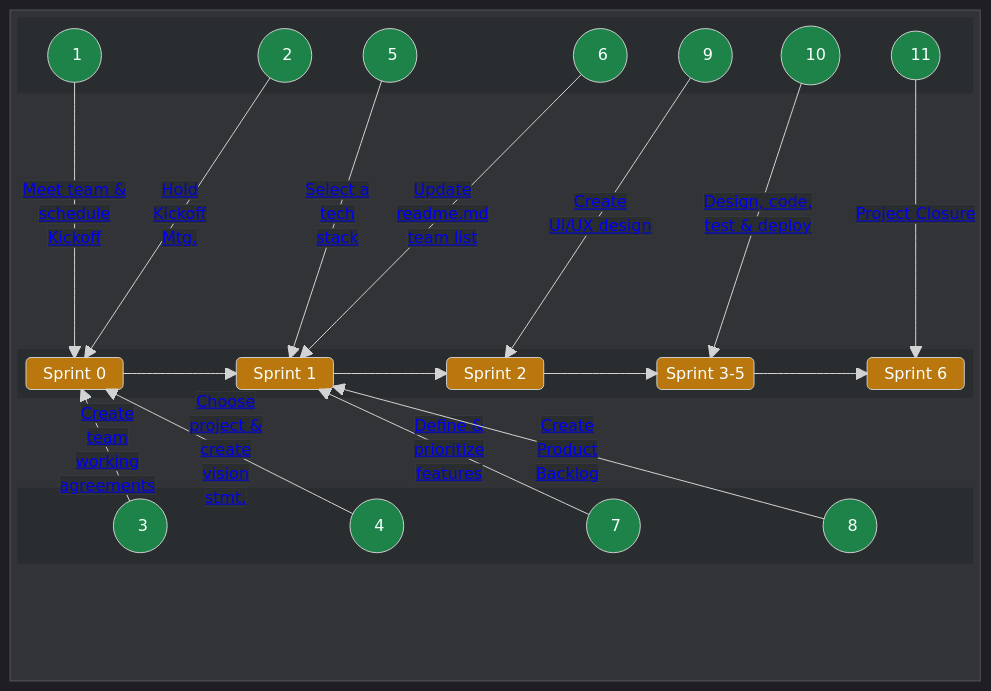
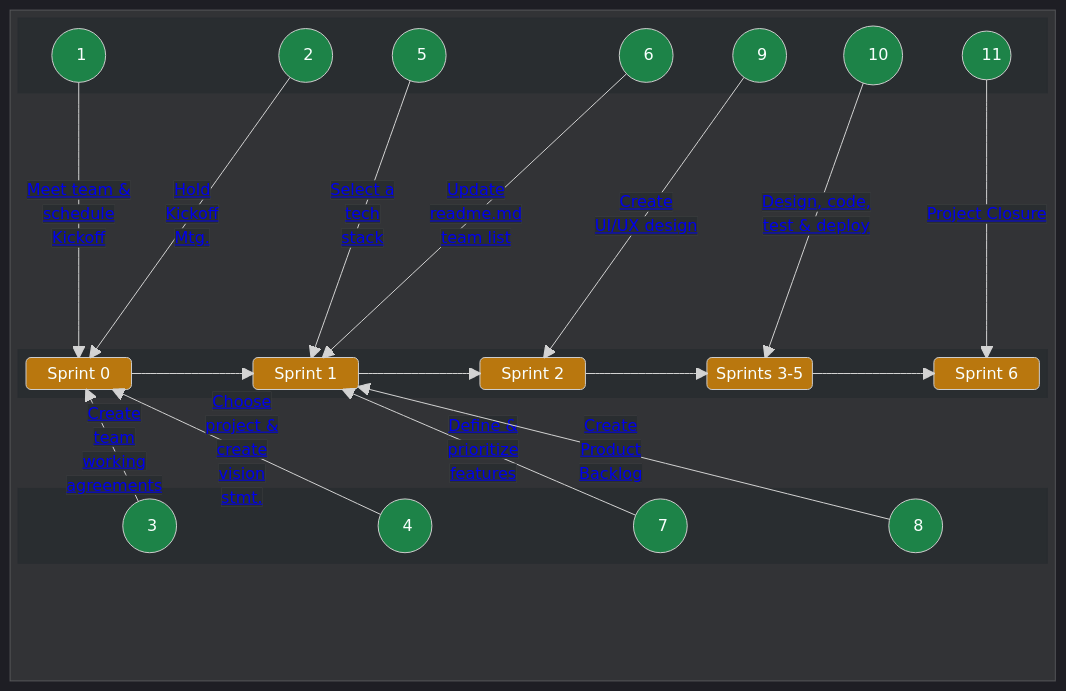
One commit to chingu-voyages/Handbook changed the first of 2 diagrams in docs/guides/voyage/voyage.md. Above: the diagram before and after it, drawn with Mermaid.

Commit message:
Feature: Update sprint diagram task ordering

```diff
--- a/docs/guides/voyage/voyage.md
+++ b/docs/guides/voyage/voyage.md
@@ -92,7 +92,7 @@
         space
         SPRINT2("&nbsp;Sprint 2&nbsp;")
         space
-        SPRINTS35("&nbsp;Sprint 3-5&nbsp;")
+        SPRINTS35("&nbsp;Sprints 3-5&nbsp;")
         space
         SPRINT6("&nbsp;Sprint 6&nbsp;")
       end
```
